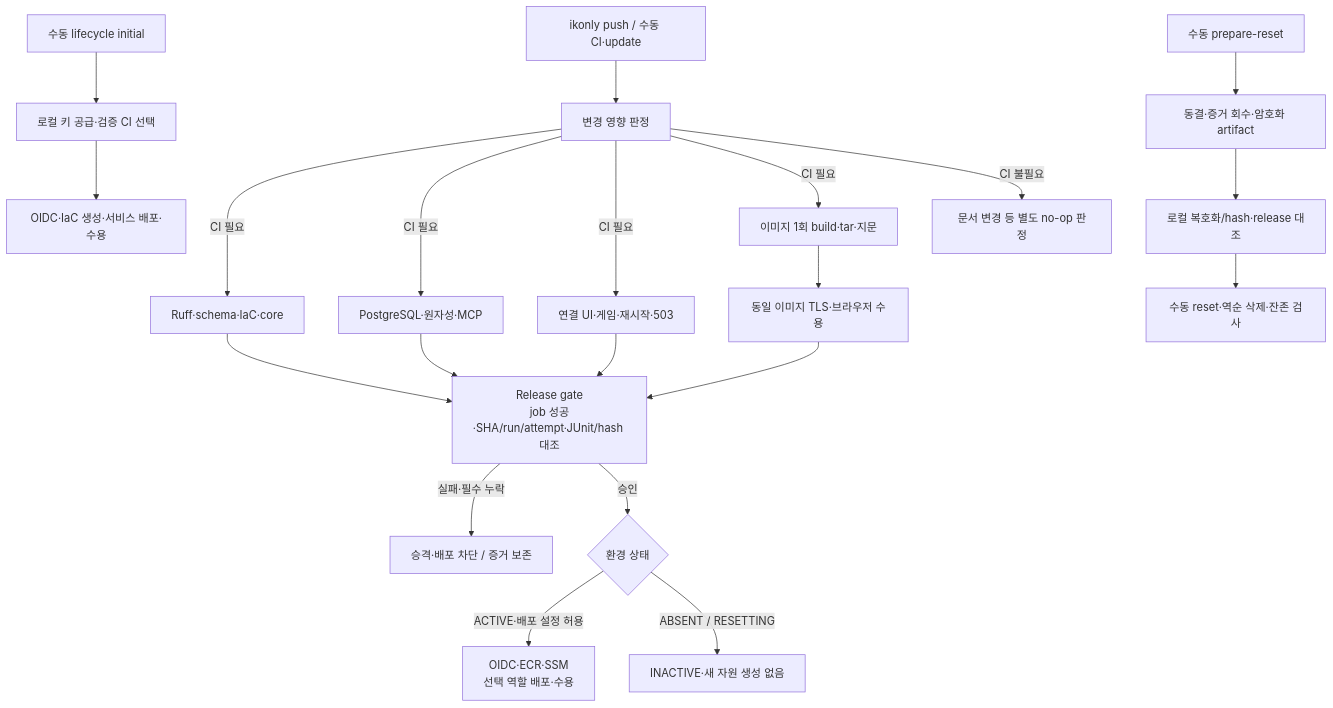
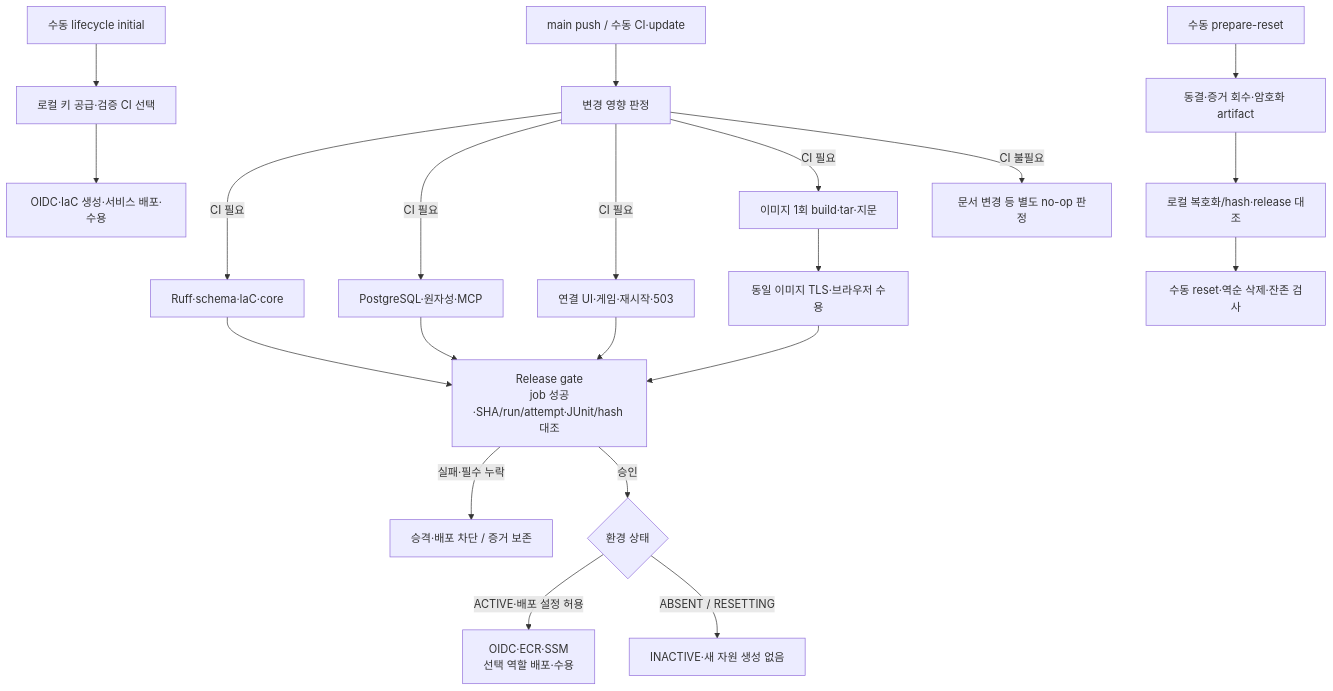
One commit to encore-ai-campus/aio-01-p3-team2 changed the diagram in docs/ik/산출물3_파이프라인_구현결과_보고서.md. Above: the diagram before and after it, drawn with Mermaid. The commit also changed other lines of this file and 17 other files, not shown here.

````diff
--- a/docs/ik/산출물3_파이프라인_구현결과_보고서.md
+++ b/docs/ik/산출물3_파이프라인_구현결과_보고서.md
@@ -9,23 +11,23 @@
 ```mermaid
 flowchart TD
-    Push[ikonly push / 수동 CI·update] --> Impact[변경 영향 판정]
+    Push[main push / 수동 CI·update] --> Impact[변경 영향 판정]
     Impact -->|CI 필요| Core[Ruff·schema·IaC·core]
     Impact -->|CI 필요| PG[PostgreSQL·원자성·MCP]
     Impact -->|CI 필요| UI[연결 UI·게임·재시작·503]
     Impact -->|CI 필요| Build[이미지 1회 build·tar·지문]
     Build --> Prod[동일 이미지 TLS·브라우저 수용]
     Core --> Gate[Release gate<br/>job 성공·SHA/run/attempt·JUnit/hash 대조]
     PG --> Gate
     UI --> Gate
     Prod --> Gate
     Gate -->|실패·필수 누락| Block[승격·배포 차단 / 증거 보존]
     Gate -->|승인| State{환경 상태}
     State -->|ACTIVE·배포 설정 허용| CD[OIDC·ECR·SSM<br/>선택 역할 배포·수용]
     State -->|ABSENT / RESETTING| Inactive[INACTIVE·새 자원 생성 없음]
     Impact -->|CI 불필요| Noop[문서 변경 등 별도 no-op 판정]
     Manual[수동 lifecycle initial] --> Supply[로컬 키 공급·검증 CI 선택]
     Supply --> Initial[OIDC·IaC 생성·서비스 배포·수용]
     Reset[수동 prepare-reset] --> Freeze[동결·증거 회수·암호화 artifact]
     Freeze --> Receipt[로컬 복호화/hash·release 대조]
     Receipt --> Delete[수동 reset·역순 삭제·잔존 검사]
 ```
````
